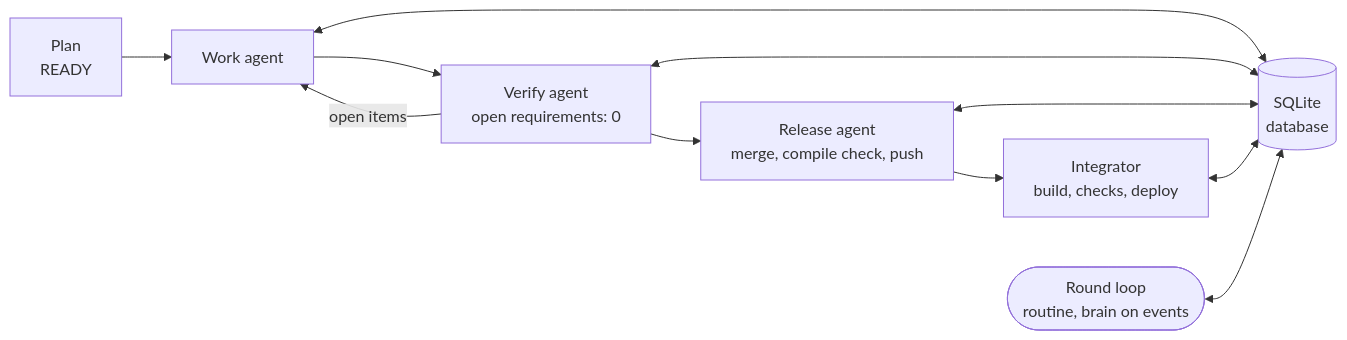
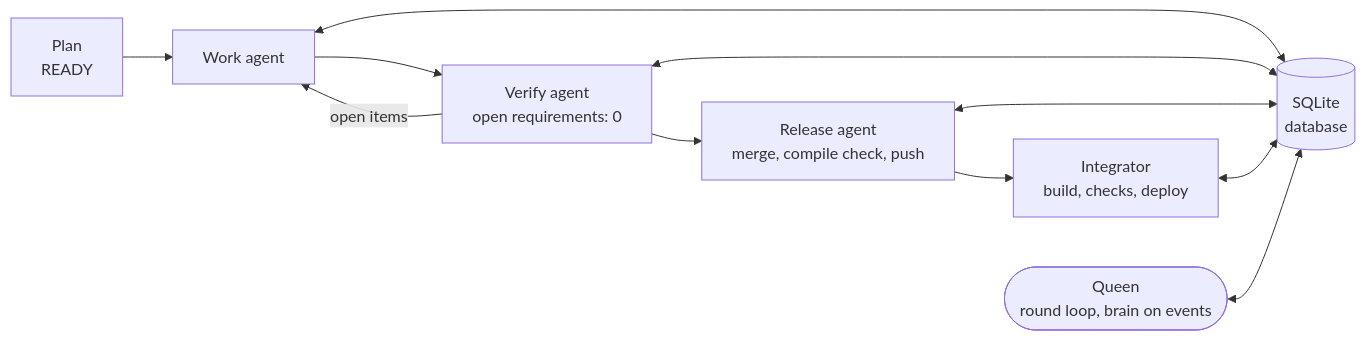
The diagram in README.md (Rokk001/HaiveQueen), drawn with Mermaid before and after one commit. The commit also changed other lines of this file and 2 other files, not shown here.

First line of the commit message:
README: full-width logo, name the Queen, regenerate the dashboard picture

````diff
--- a/README.md
+++ b/README.md
@@ -43,14 +39,14 @@
 ```mermaid
 flowchart LR
     PL[Plan<br/>READY] --> W[Work agent]
     W --> V[Verify agent<br/>open requirements: 0]
     V -->|open items| W
     V --> R[Release agent<br/>merge, compile check, push]
     R --> I[Integrator<br/>build, checks, deploy]
     DB[(SQLite<br/>database)]
     W <--> DB
     V <--> DB
     R <--> DB
     I <--> DB
-    LOOP([Round loop<br/>routine, brain on events]) <--> DB
+    LOOP([Queen<br/>round loop, brain on events]) <--> DB
 ```
````
